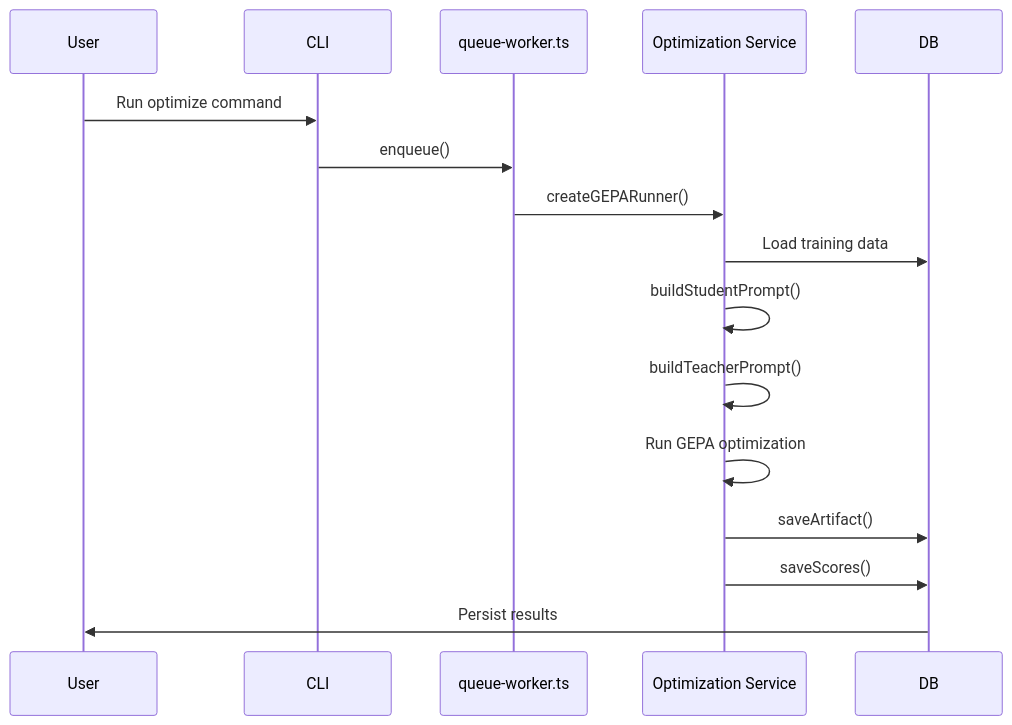
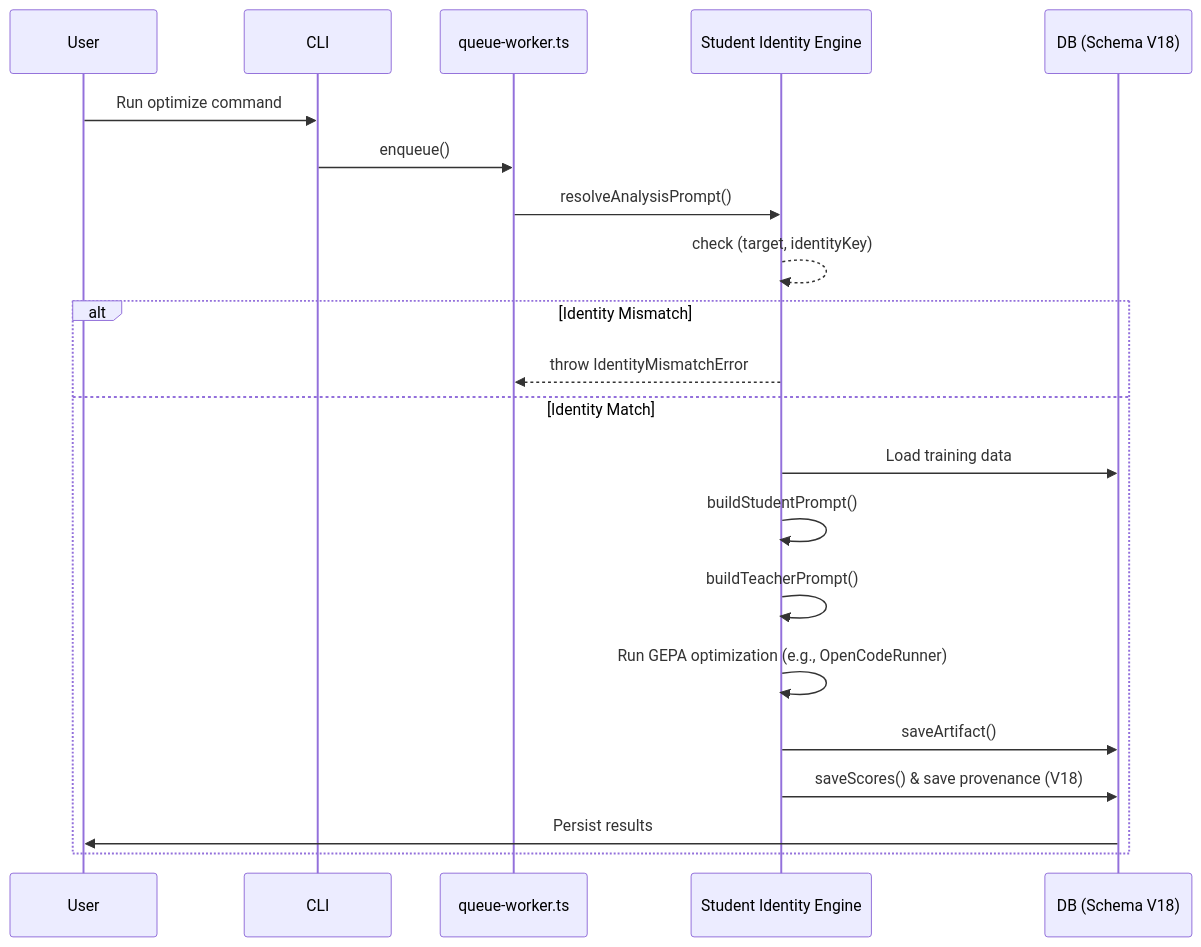
Before and after one commit to b08x/code-insights: the fourth of 4 diagrams in docs/architecture.md, drawn with Mermaid. The commit also changed other lines of this file and 9 other files, not shown here.

Commit message:
📝 docs: update architecture docs for Schema V18 and OpenCodeRunner

````diff
--- a/docs/architecture.md
+++ b/docs/architecture.md
@@ -129,19 +131,24 @@
 ```mermaid
 sequenceDiagram
     participant User
     participant CLI
     participant Runner as queue-worker.ts
-    participant Service as Optimization Service
-    participant DB
+    participant Engine as Student Identity Engine
+    participant DB as DB (Schema V18)
     
     User->>CLI: Run optimize command
     CLI->>Runner: enqueue()
-    Runner->>Service: createGEPARunner()
-    Service->>DB: Load training data
-    Service->>Service: buildStudentPrompt()
-    Service->>Service: buildTeacherPrompt()
-    Service->>Service: Run GEPA optimization
-    Service->>DB: saveArtifact()
-    Service->>DB: saveScores()
-    DB->>User: Persist results
+    Runner->>Engine: resolveAnalysisPrompt()
+    Engine-->>Engine: check (target, identityKey)
+    alt Identity Mismatch
+        Engine-->>Runner: throw IdentityMismatchError
+    else Identity Match
+        Engine->>DB: Load training data
+        Engine->>Engine: buildStudentPrompt()
+        Engine->>Engine: buildTeacherPrompt()
+        Engine->>Engine: Run GEPA optimization (e.g., OpenCodeRunner)
+        Engine->>DB: saveArtifact()
+        Engine->>DB: saveScores() & save provenance (V18)
+        DB->>User: Persist results
+    end
 ```
````
